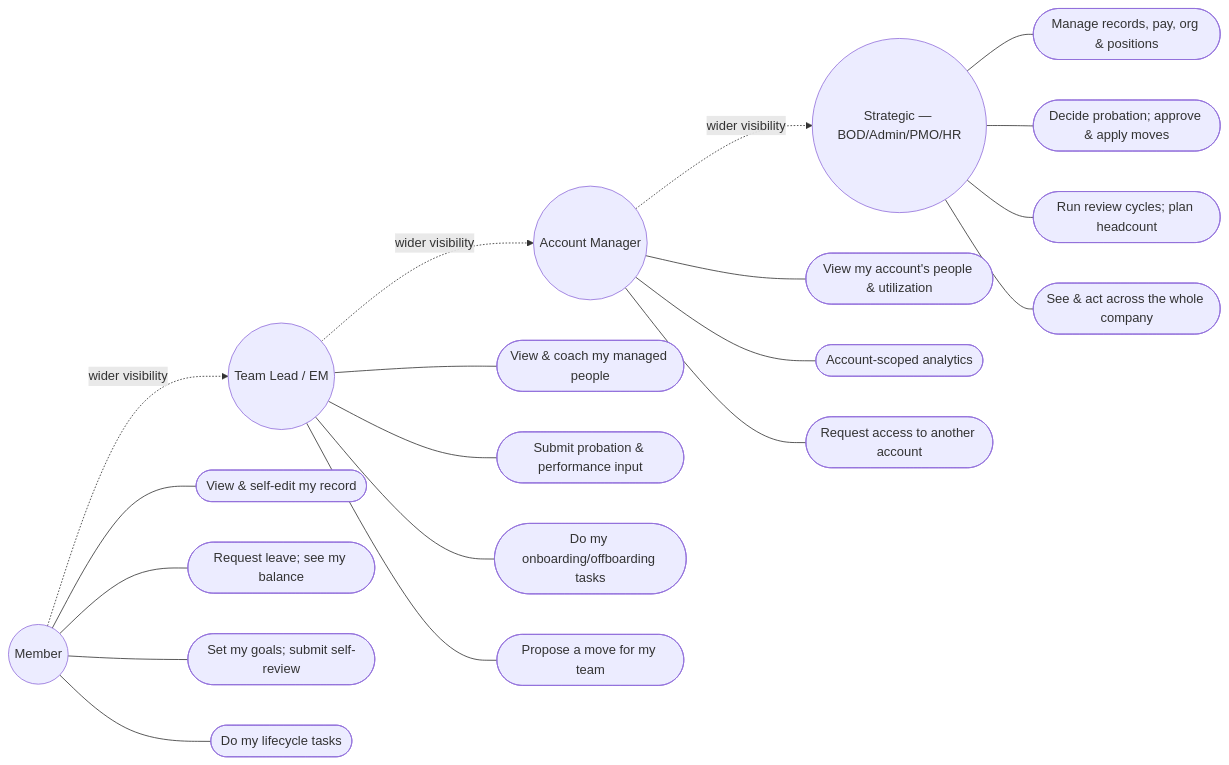
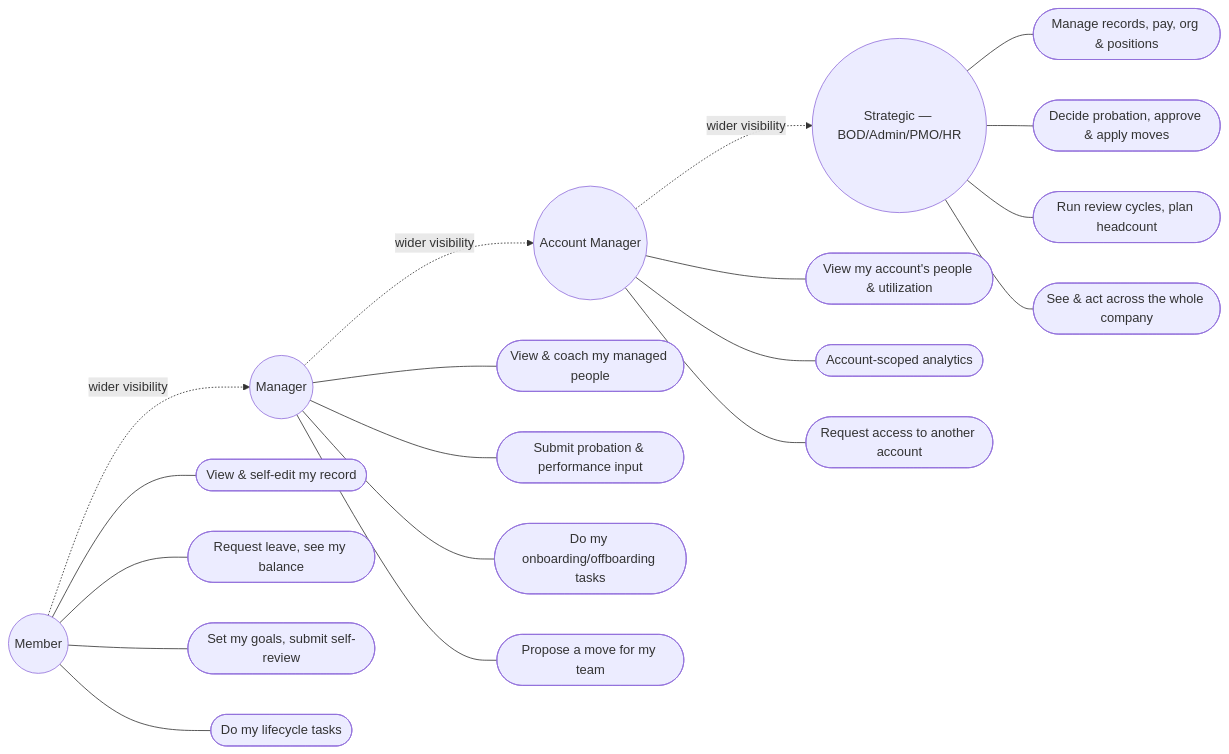
One commit to Seta-International/agent-platform changed the second of 9 diagrams in docs/modules/People-PRD.md. Above: the diagram before and after it, drawn with Mermaid. The commit also changed other lines of this file and 5 other files, not shown here.

````diff
--- a/docs/modules/People-PRD.md
+++ b/docs/modules/People-PRD.md
@@ -191,30 +198,30 @@
 ```mermaid
 graph LR
   M(("Member"))
-  L(("Team Lead / EM"))
+  L(("Manager"))
   A(("Account Manager"))
   S(("Strategic — BOD/Admin/PMO/HR"))
 
   M -.->|wider visibility| L
   L -.->|wider visibility| A
   A -.->|wider visibility| S
 
   M --- m1(["View & self-edit my record"])
-  M --- m2(["Request leave; see my balance"])
-  M --- m3(["Set my goals; submit self-review"])
+  M --- m2(["Request leave, see my balance"])
+  M --- m3(["Set my goals, submit self-review"])
   M --- m4(["Do my lifecycle tasks"])
 
   L --- l1(["View & coach my managed people"])
   L --- l2(["Submit probation & performance input"])
   L --- l3(["Do my onboarding/offboarding tasks"])
   L --- l4(["Propose a move for my team"])
 
   A --- a1(["View my account's people & utilization"])
   A --- a2(["Account-scoped analytics"])
   A --- a3(["Request access to another account"])
 
   S --- s1(["Manage records, pay, org & positions"])
-  S --- s2(["Decide probation; approve & apply moves"])
-  S --- s3(["Run review cycles; plan headcount"])
+  S --- s2(["Decide probation, approve & apply moves"])
+  S --- s3(["Run review cycles, plan headcount"])
   S --- s4(["See & act across the whole company"])
 ```
````
